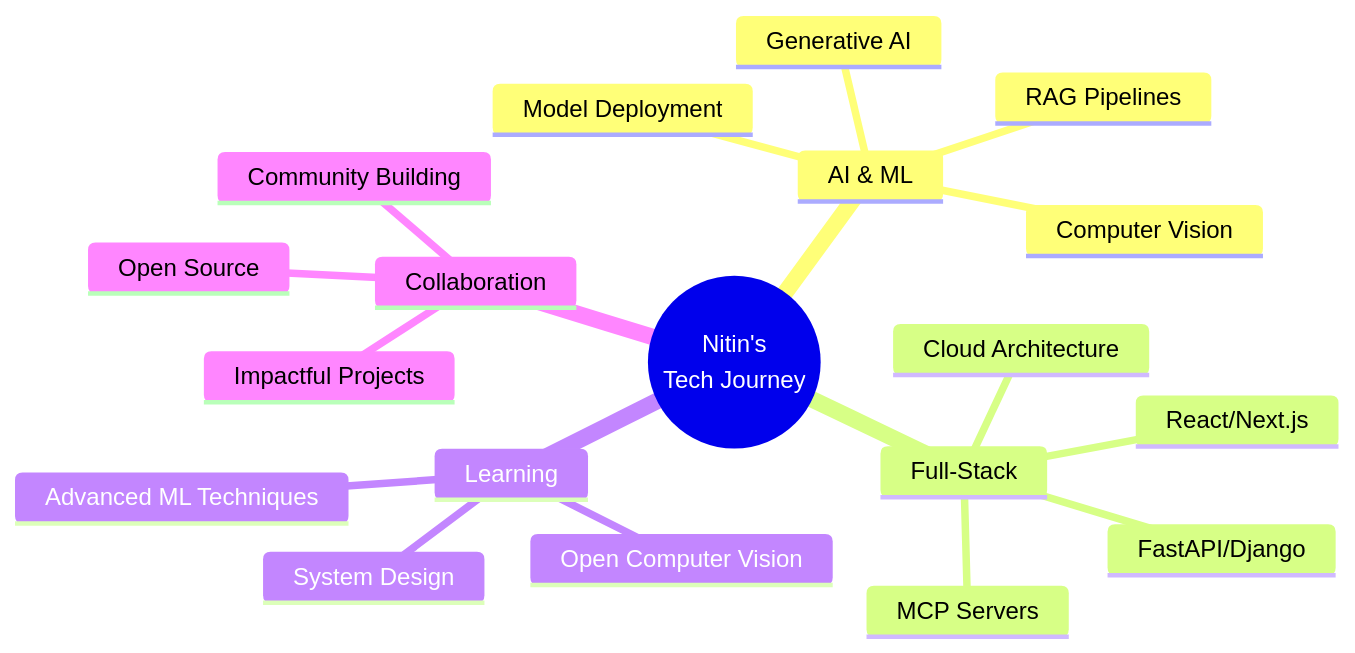
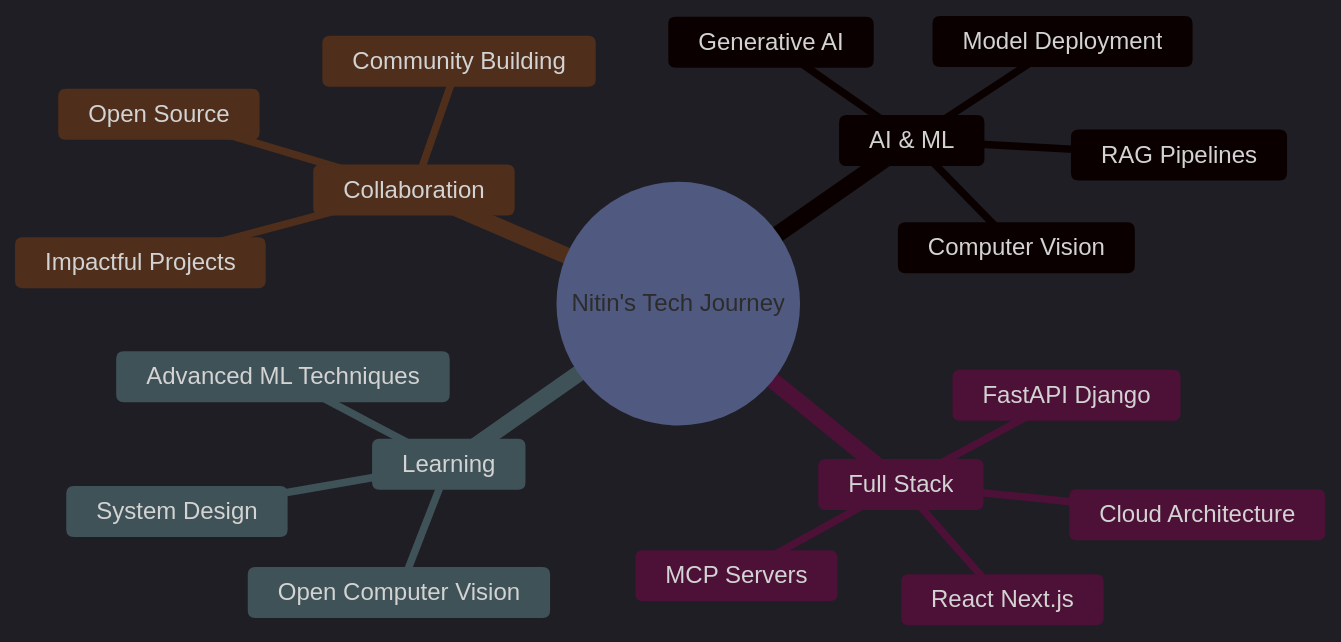
The diagram in README.md (nitinog10/nitinog10), drawn with Mermaid before and after one commit. The commit also changed other lines of this file, not shown here.

````diff
--- a/README.md
+++ b/README.md
@@ -154,22 +160,23 @@
 ```mermaid
+%%{init: {'theme':'dark', 'themeVariables': { 'primaryColor':'#1a1b27','primaryTextColor':'#c0caf5','primaryBorderColor':'#7aa2f7','lineColor':'#bb9af7','secondaryColor':'#292e42','tertiaryColor':'#24283b','background':'#1a1b27','mainBkg':'#1a1b27','secondBkg':'#292e42','textColor':'#c0caf5','fontSize':'16px'}}}%%
 mindmap
-  root((Nitin's<br/>Tech Journey))
+  root((Nitin's Tech Journey))
     AI & ML
       Generative AI
       RAG Pipelines
       Computer Vision
       Model Deployment
-    Full-Stack
+    Full Stack
       MCP Servers
-      React/Next.js
-      FastAPI/Django
+      React Next.js
+      FastAPI Django
       Cloud Architecture
     Learning
       Open Computer Vision
       Advanced ML Techniques
       System Design
     Collaboration
       Open Source
       Impactful Projects
       Community Building
 ```
````
